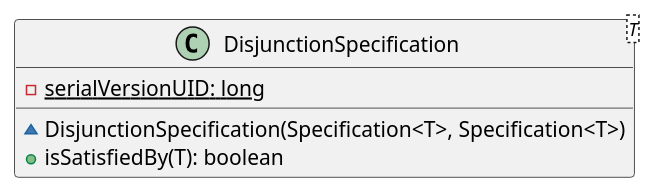
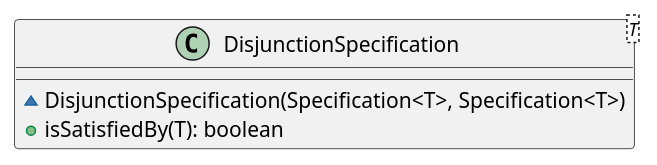
Before and after one commit to P-Kalin/kit26a: the diagram in malokhvii-eduard/malokhvii05/doc/plantuml/ua/khpi/oop/malokhvii05/common/specification/DisjunctionSpecification.puml, drawn with PlantUML. The commit also changed 53 other files, not shown here.

Commit message:
#3, #9 malokhvii05: update graphs

```diff
--- a/malokhvii-eduard/malokhvii05/doc/plantuml/ua/khpi/oop/malokhvii05/common/specification/DisjunctionSpecification.puml
+++ b/malokhvii-eduard/malokhvii05/doc/plantuml/ua/khpi/oop/malokhvii05/common/specification/DisjunctionSpecification.puml
@@ -1,9 +1,8 @@
 @startuml
 
     class DisjunctionSpecification<T> {
-        {static} -serialVersionUID: long
         ~DisjunctionSpecification(Specification<T>, Specification<T>)
         +isSatisfiedBy(T): boolean
     }
 
 @enduml
```
